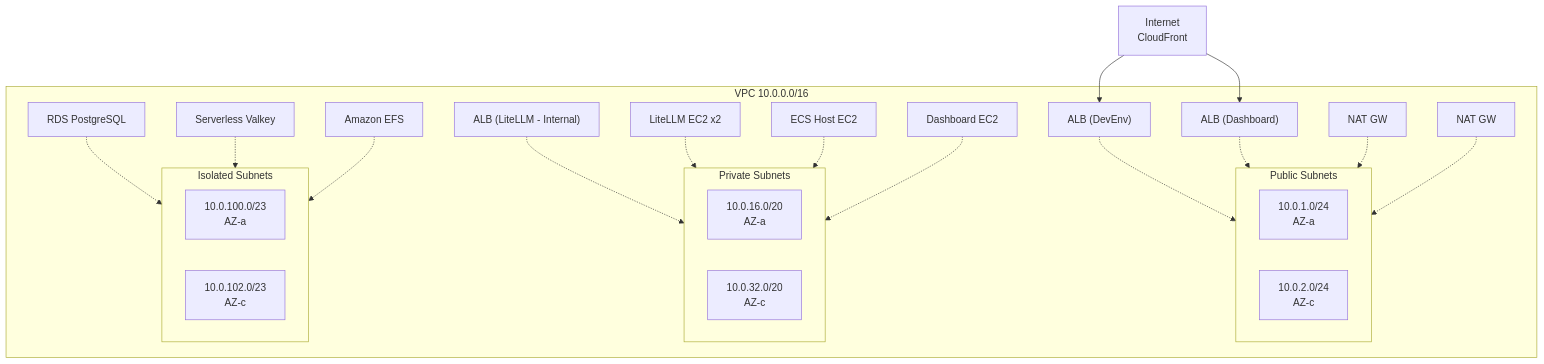
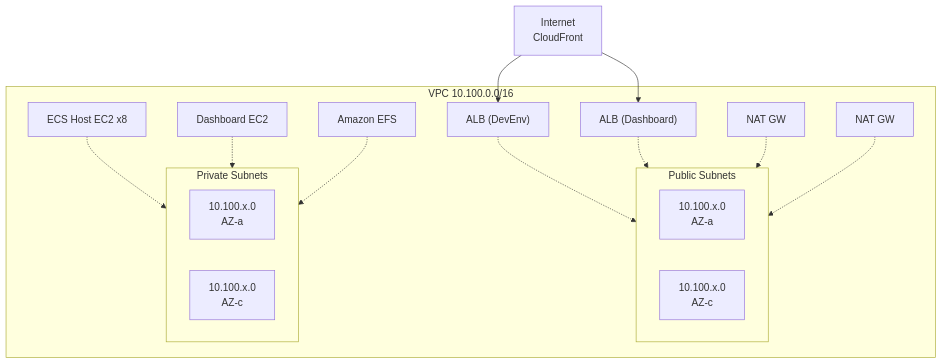
One commit to Atom-oh/cc-on-bedrock changed the fifth of 7 diagrams in docs/architecture.md. Above: the diagram before and after it, drawn with Mermaid. The commit also changed other lines of this file and 8 other files, not shown here.

First line of the commit message:
docs: sync all documentation with Bedrock Direct architecture

````diff
--- a/docs/architecture.md
+++ b/docs/architecture.md
@@ -196,53 +187,38 @@
 ```mermaid
 graph TB
-    subgraph VPC["VPC 10.0.0.0/16"]
+    subgraph VPC["VPC 10.100.0.0/16"]
         subgraph PubSub["Public Subnets"]
             direction LR
-            PS_A["10.0.1.0/24<br/>AZ-a"]
-            PS_C["10.0.2.0/24<br/>AZ-c"]
+            PS_A["10.100.x.0<br/>AZ-a"]
+            PS_C["10.100.x.0<br/>AZ-c"]
         end
 
         subgraph PriSub["Private Subnets"]
             direction LR
-            PR_A["10.0.16.0/20<br/>AZ-a"]
-            PR_C["10.0.32.0/20<br/>AZ-c"]
-        end
-
-        subgraph IsoSub["Isolated Subnets"]
-            direction LR
-            IS_A["10.0.100.0/23<br/>AZ-a"]
-            IS_C["10.0.102.0/23<br/>AZ-c"]
+            PR_A["10.100.x.0<br/>AZ-a"]
+            PR_C["10.100.x.0<br/>AZ-c"]
         end
 
         ALB1["ALB (DevEnv)"]
         ALB2["ALB (Dashboard)"]
-        ALB3["ALB (LiteLLM - Internal)"]
         NAT1["NAT GW"]
         NAT2["NAT GW"]
 
-        LiteLLM_EC2["LiteLLM EC2 x2"]
-        ECS_EC2["ECS Host EC2"]
+        ECS_EC2["ECS Host EC2 x8"]
         Dash_EC2["Dashboard EC2"]
 
-        RDS_DB["RDS PostgreSQL"]
-        Valkey_DB["Serverless Valkey"]
         EFS_FS["Amazon EFS"]
 
         ALB1 -.-> PS_A
         ALB2 -.-> PS_A
         NAT1 -.-> PS_A
         NAT2 -.-> PS_C
 
-        ALB3 -.-> PR_A
-        LiteLLM_EC2 -.-> PR_A
         ECS_EC2 -.-> PR_A
         Dash_EC2 -.-> PR_A
-
-        RDS_DB -.-> IS_A
-        Valkey_DB -.-> IS_A
-        EFS_FS -.-> IS_A
+        EFS_FS -.-> PR_A
     end
 
     Internet["Internet<br/>CloudFront"] --> ALB1
     Internet --> ALB2
 ```
````
